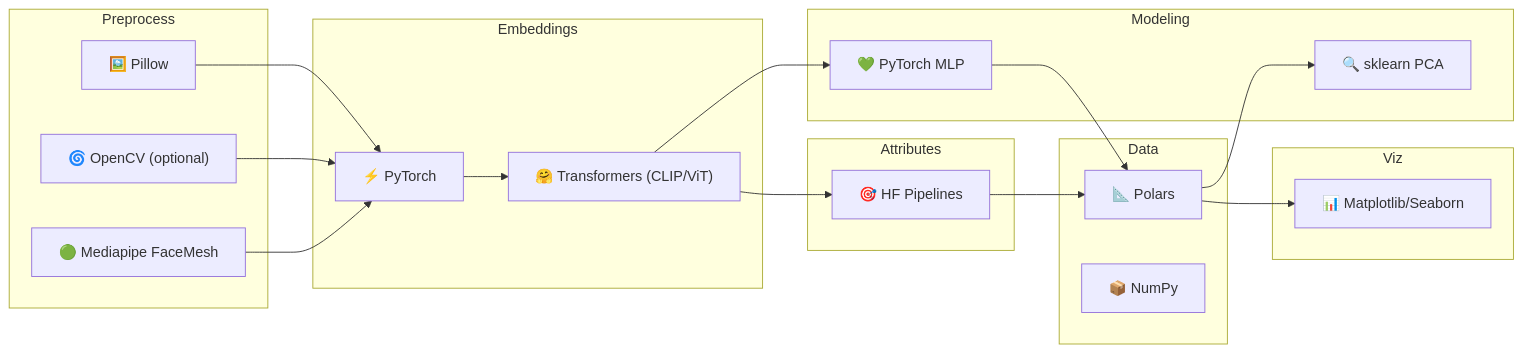
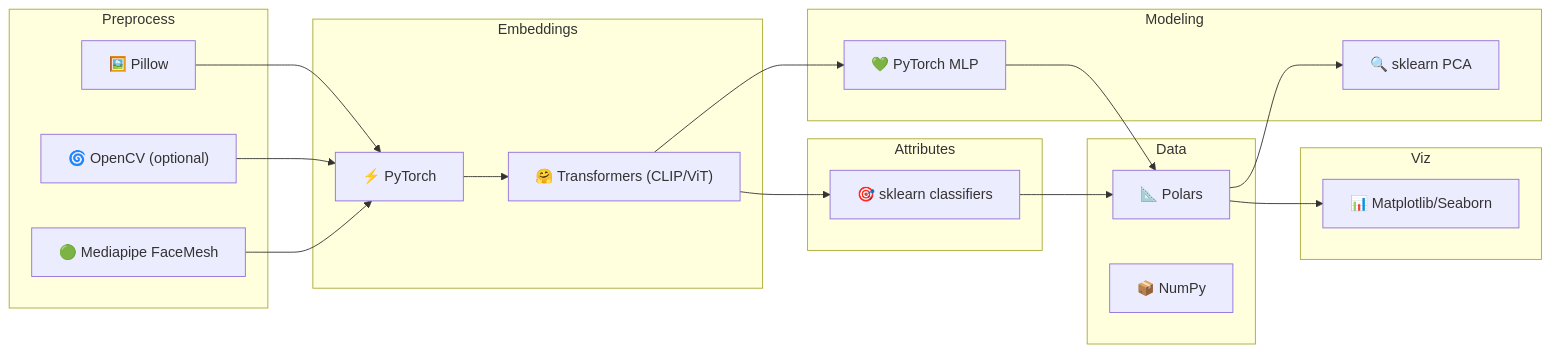
The diagram in tools_summary.md (jayklarin/FaceStats), drawn with Mermaid before and after one commit. The commit also changed other lines of this file and 6 other files, not shown here.

Commit message:
Update: Flowchart and tools to reflect changes made today

````diff
--- a/tools_summary.md
+++ b/tools_summary.md
@@ -23,40 +23,40 @@
 ```mermaid
 flowchart LR
     subgraph Preprocess
         P1["🖼️ Pillow"]
         P2["🌀 OpenCV (optional)"]
         P3["🟢 Mediapipe FaceMesh"]
     end
 
     subgraph Embeddings
         E1["⚡ PyTorch"]
         E2["🤗 Transformers (CLIP/ViT)"]
     end
 
     subgraph Attributes
-        A1["🎯 HF Pipelines"]
+        A1["🎯 sklearn classifiers"]
     end
 
     subgraph Data
         D1["📐 Polars"]
         D2["📦 NumPy"]
     end
 
     subgraph Modeling
         M1["💚 PyTorch MLP"]
         M2["🔍 sklearn PCA"]
     end
 
     subgraph Viz
         V1["📊 Matplotlib/Seaborn"]
     end
 
     P1 & P2 & P3 --> E1
     E1 --> E2
     E2 --> A1
     E2 --> M1
     A1 --> D1
     M1 --> D1
     D1 --> M2
     D1 --> V1
 ```
````
